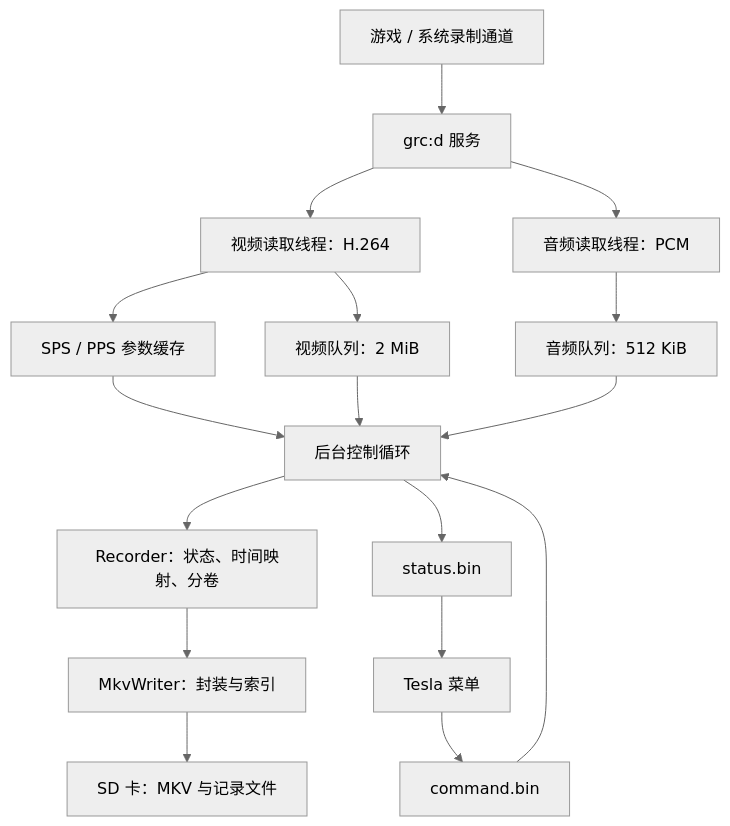
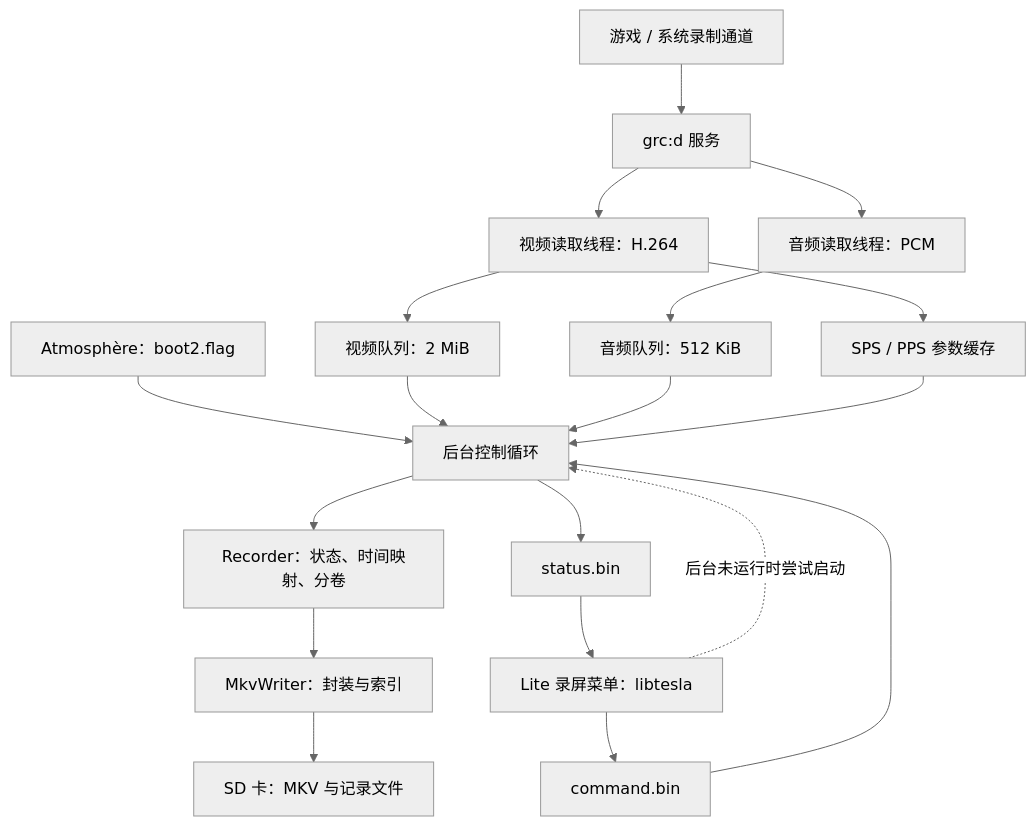
Before and after one commit to Hahanic/Lite-Recorder: the diagram in README.md, drawn with Mermaid (neutral theme). The commit also changed other lines of this file, not shown here.

````diff
--- a/README.md
+++ b/README.md
@@ -38,19 +44,21 @@
 ```mermaid
 flowchart TD
+    Boot["Atmosphère：boot2.flag"] --> Controller
     Game["游戏 / 系统录制通道"] --> GRC["grc:d 服务"]
     GRC --> V["视频读取线程：H.264"]
     GRC --> A["音频读取线程：PCM"]
     V --> Codec["SPS / PPS 参数缓存"]
     V --> VQ["视频队列：2 MiB"]
     A --> AQ["音频队列：512 KiB"]
     VQ --> Controller["后台控制循环"]
     AQ --> Controller
     Codec --> Controller
-    UI["Tesla 菜单"] --> Cmd["command.bin"]
+    UI["Lite 录屏菜单：libtesla"] --> Cmd["command.bin"]
+    UI -. "后台未运行时尝试启动" .-> Controller
     Cmd --> Controller
     Controller --> Recorder["Recorder：状态、时间映射、分卷"]
     Recorder --> Writer["MkvWriter：封装与索引"]
     Writer --> SD["SD 卡：MKV 与记录文件"]
     Controller --> Status["status.bin"]
     Status --> UI
 ```
````
